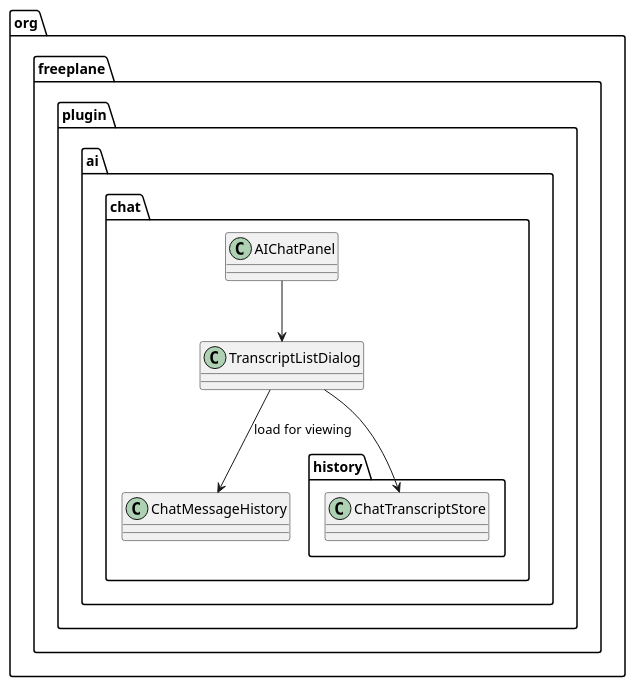
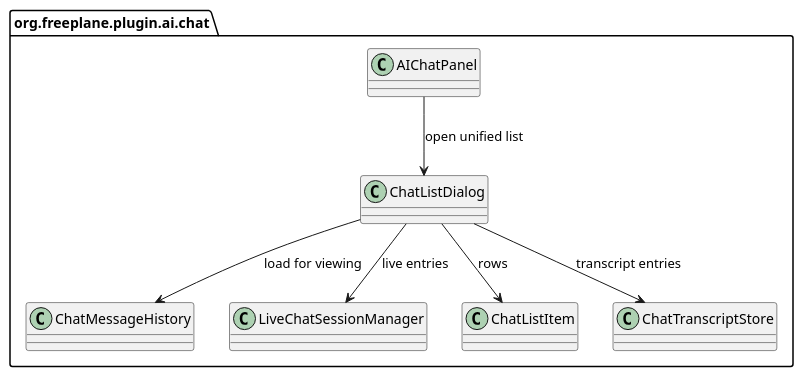
Before and after one commit to guoranjun2/nexordia: the fourth of 5 diagrams in freeplane_plugin_ai/specs/tasks/in-progress/tool-capable-chat-history-transcripts.md, drawn with PlantUML. The commit also changed other lines of this file and 1 other file, not shown here.

Commit message:
2026-01-24-chat-history-transcripts: split transcript task and refine designs

````diff
--- a/freeplane_plugin_ai/specs/tasks/in-progress/tool-capable-chat-history-transcripts.md
+++ b/freeplane_plugin_ai/specs/tasks/in-progress/tool-capable-chat-history-transcripts.md
@@ -340,15 +248,18 @@
   ```plantuml
   @startuml
+  set separator none
   package "org.freeplane.plugin.ai.chat" {
     class AIChatPanel
-    class TranscriptListDialog
+    class ChatListDialog
     class ChatMessageHistory
-  }
-  package "org.freeplane.plugin.ai.chat.history" {
+    class LiveChatSessionManager
+    class ChatListItem
     class ChatTranscriptStore
   }
-  AIChatPanel --> TranscriptListDialog
-  TranscriptListDialog --> ChatTranscriptStore
-  TranscriptListDialog --> ChatMessageHistory : load for viewing
+  AIChatPanel --> ChatListDialog : open unified list
+  ChatListDialog --> ChatListItem : rows
+  ChatListDialog --> LiveChatSessionManager : live entries
+  ChatListDialog --> ChatTranscriptStore : transcript entries
+  ChatListDialog --> ChatMessageHistory : load for viewing
   @enduml
   ```
````
